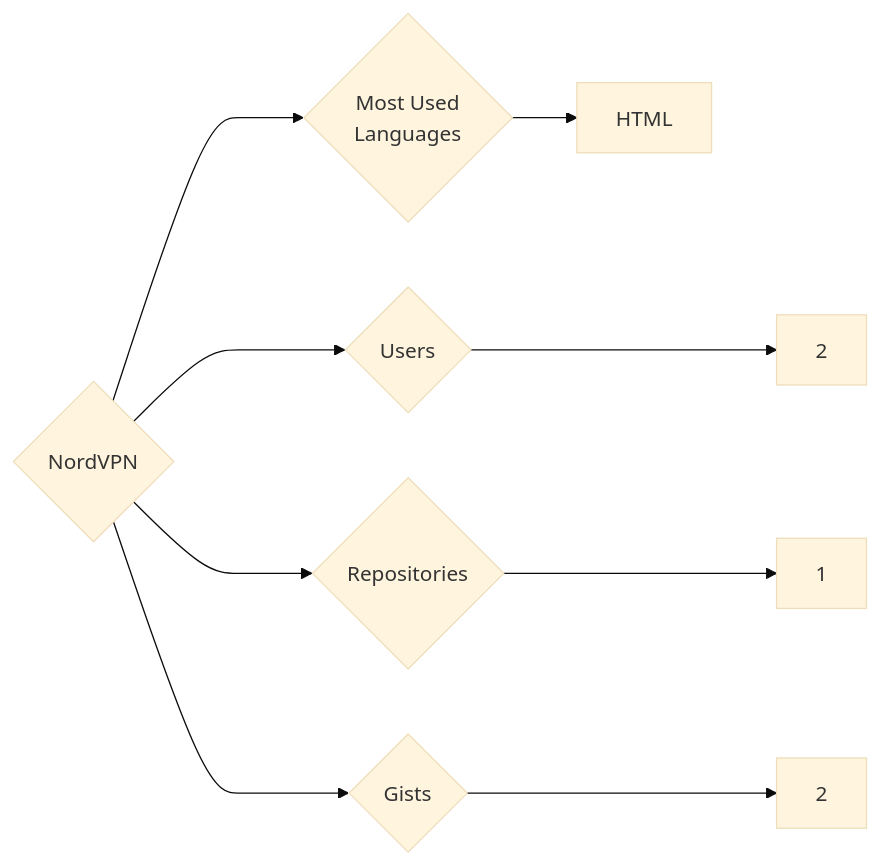
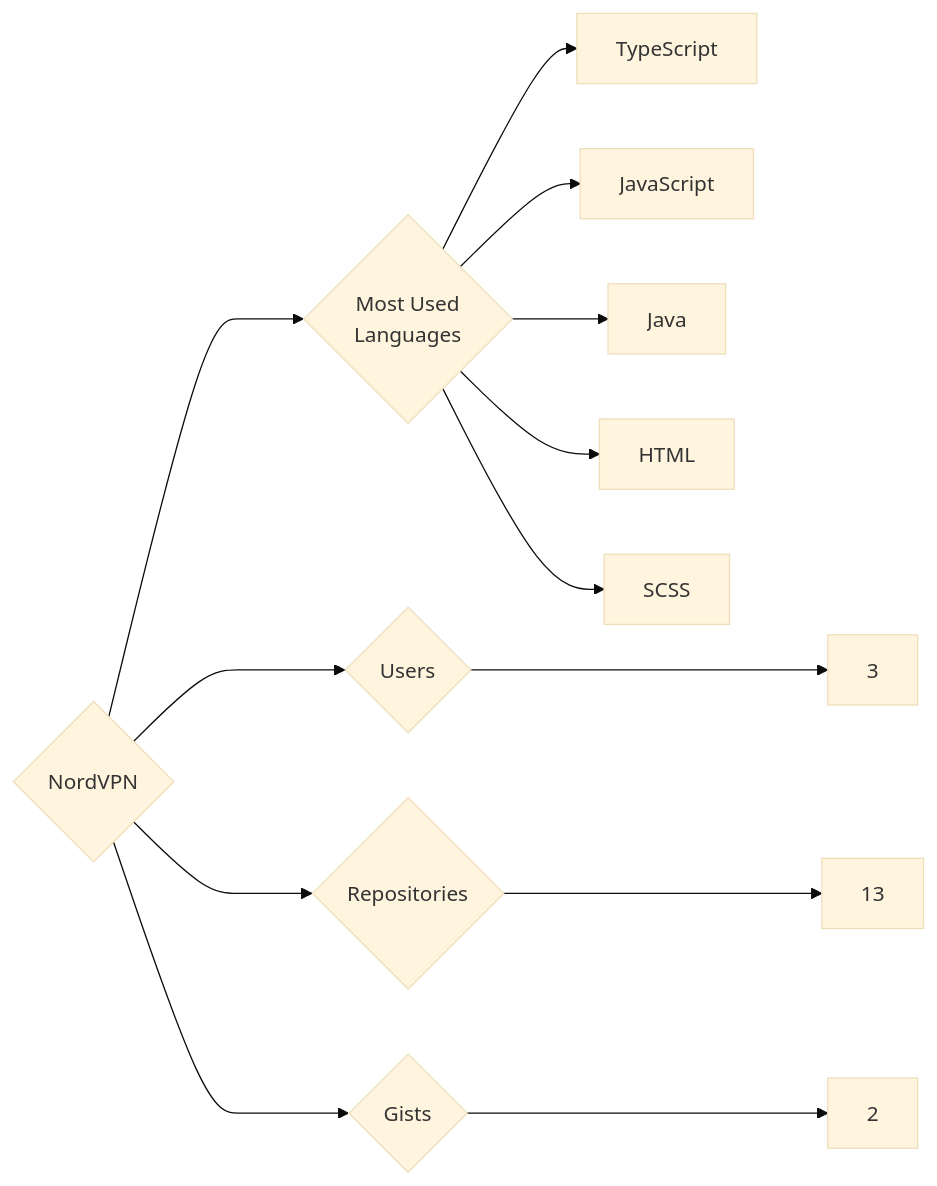
Before and after one commit to trickest/insiders: the diagram in targets/NordVPN/README.md, drawn with Mermaid (base theme). The commit also changed 1389 other files, not shown here.

````diff
--- a/targets/NordVPN/README.md
+++ b/targets/NordVPN/README.md
@@ -3,9 +3,13 @@
 ```mermaid
 graph LR
 COMPANY_NAME{NordVPN}
-COMPANY_NAME ---> U{Users} ---> UN[2]
-COMPANY_NAME ---> R{Repositories} ---> RN[1]
+COMPANY_NAME ---> U{Users} ---> UN[3]
+COMPANY_NAME ---> R{Repositories} ---> RN[13]
 COMPANY_NAME ---> G{Gists} ---> GN[2]
 COMPANY_NAME ---> ML{Most Used<br>Languages}
+ML --> TypeScript[TypeScript]
+ML --> JavaScript[JavaScript]
+ML --> Java[Java]
 ML --> HTML[HTML]
+ML --> SCSS[SCSS]
 ```
````
